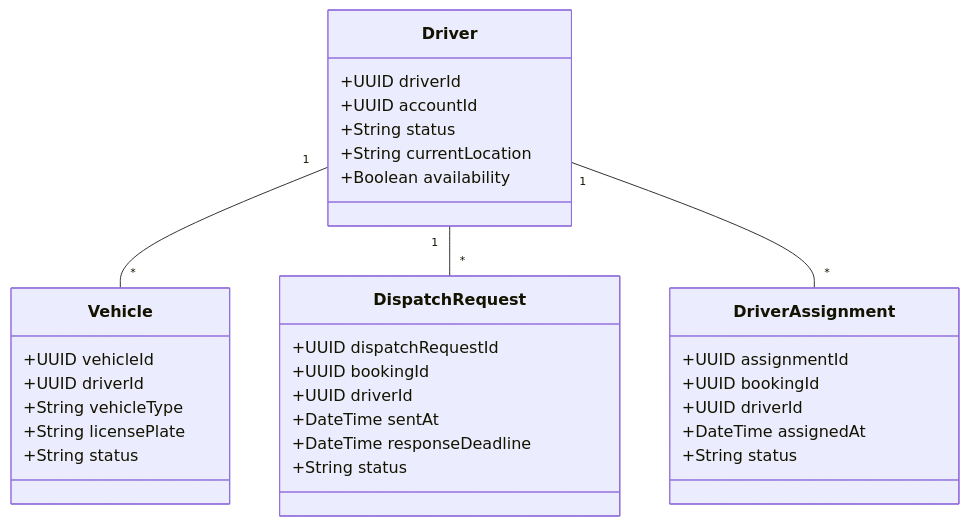
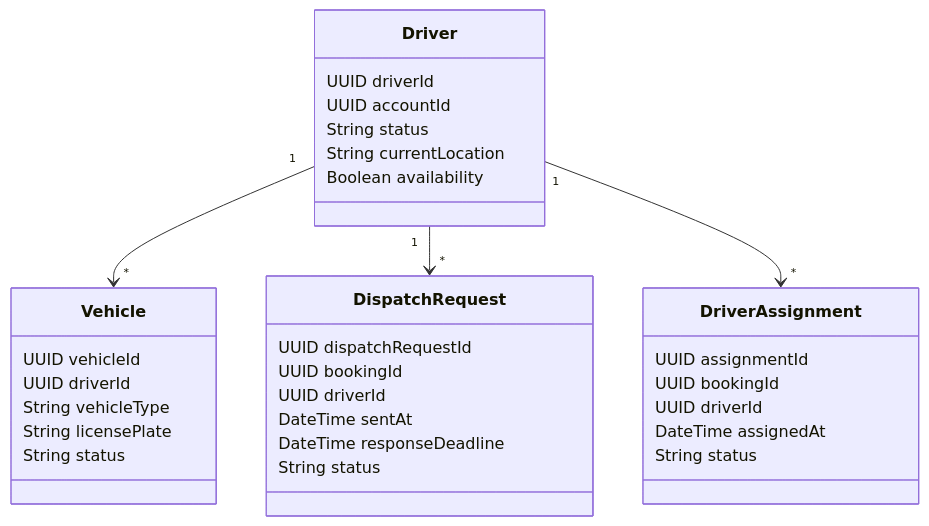
One commit to Phamha0601/23680571_PhamThiThuHa_CabSystem changed the eighth of 29 diagrams in Microservice_Design.md. Above: the diagram before and after it, drawn with Mermaid. The commit also changed other lines of this file, not shown here.

````diff
--- a/Microservice_Design.md
+++ b/Microservice_Design.md
@@ -476,40 +473,39 @@
 ```mermaid
 classDiagram
-
     class Driver {
-        +UUID driverId
-        +UUID accountId
-        +String status
-        +String currentLocation
-        +Boolean availability
+        UUID driverId
+        UUID accountId
+        String status
+        String currentLocation
+        Boolean availability
     }
 
     class Vehicle {
-        +UUID vehicleId
-        +UUID driverId
-        +String vehicleType
-        +String licensePlate
-        +String status
+        UUID vehicleId
+        UUID driverId
+        String vehicleType
+        String licensePlate
+        String status
     }
 
     class DispatchRequest {
-        +UUID dispatchRequestId
-        +UUID bookingId
-        +UUID driverId
-        +DateTime sentAt
-        +DateTime responseDeadline
-        +String status
+        UUID dispatchRequestId
+        UUID bookingId
+        UUID driverId
+        DateTime sentAt
+        DateTime responseDeadline
+        String status
     }
 
     class DriverAssignment {
-        +UUID assignmentId
-        +UUID bookingId
-        +UUID driverId
-        +DateTime assignedAt
-        +String status
+        UUID assignmentId
+        UUID bookingId
+        UUID driverId
+        DateTime assignedAt
+        String status
     }
 
-    Driver "1" -- "*" Vehicle
-    Driver "1" -- "*" DispatchRequest
-    Driver "1" -- "*" DriverAssignment
+    Driver "1" --> "*" Vehicle
+    Driver "1" --> "*" DispatchRequest
+    Driver "1" --> "*" DriverAssignment
 ```
````
